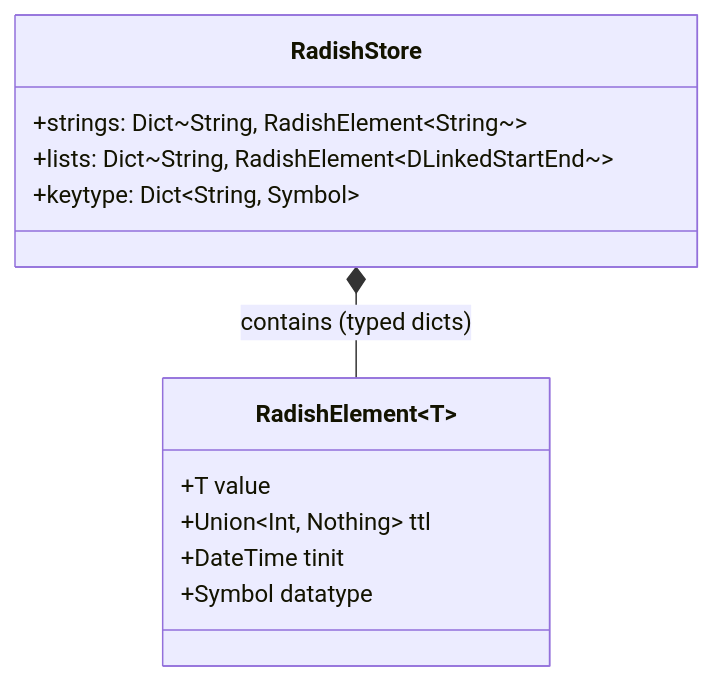
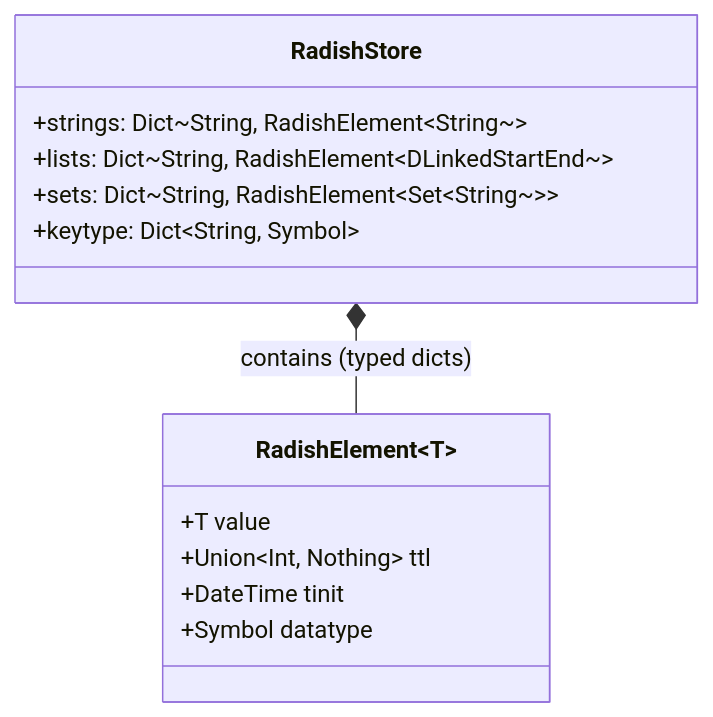
One commit to fabioscantamburlo/Radish changed the diagram in docs/index.md. Above: the diagram before and after it, drawn with Mermaid. The commit also changed other lines of this file and 19 other files, not shown here.

````diff
--- a/docs/index.md
+++ b/docs/index.md
@@ -114,17 +116,18 @@
 ```mermaid
 classDiagram
     class RadishStore {
         +strings: Dict~String, RadishElement~String~~
         +lists: Dict~String, RadishElement~DLinkedStartEnd~~
+        +sets: Dict~String, RadishElement~Set~String~~~
         +keytype: Dict~String, Symbol~
     }
 
     class RadishElement~T~ {
         +T value
         +Union~Int, Nothing~ ttl
         +DateTime tinit
         +Symbol datatype
     }
 
     RadishStore *-- RadishElement : contains (typed dicts)
 ```
````
